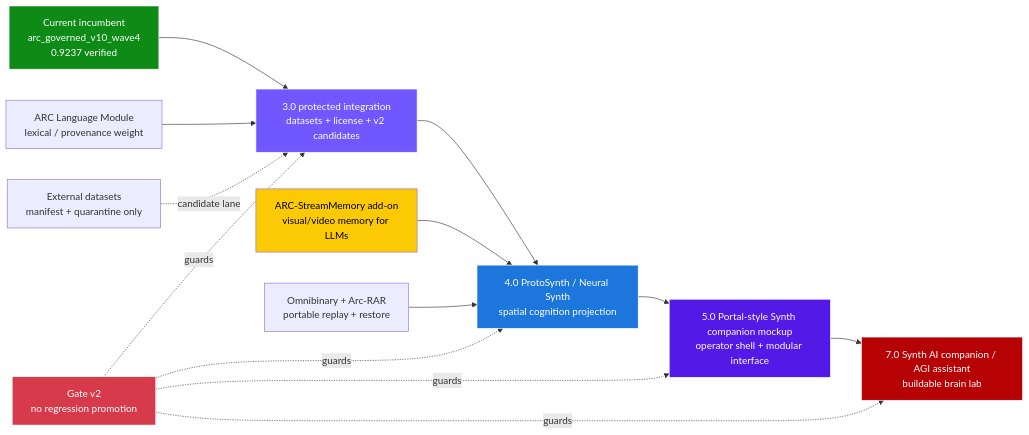
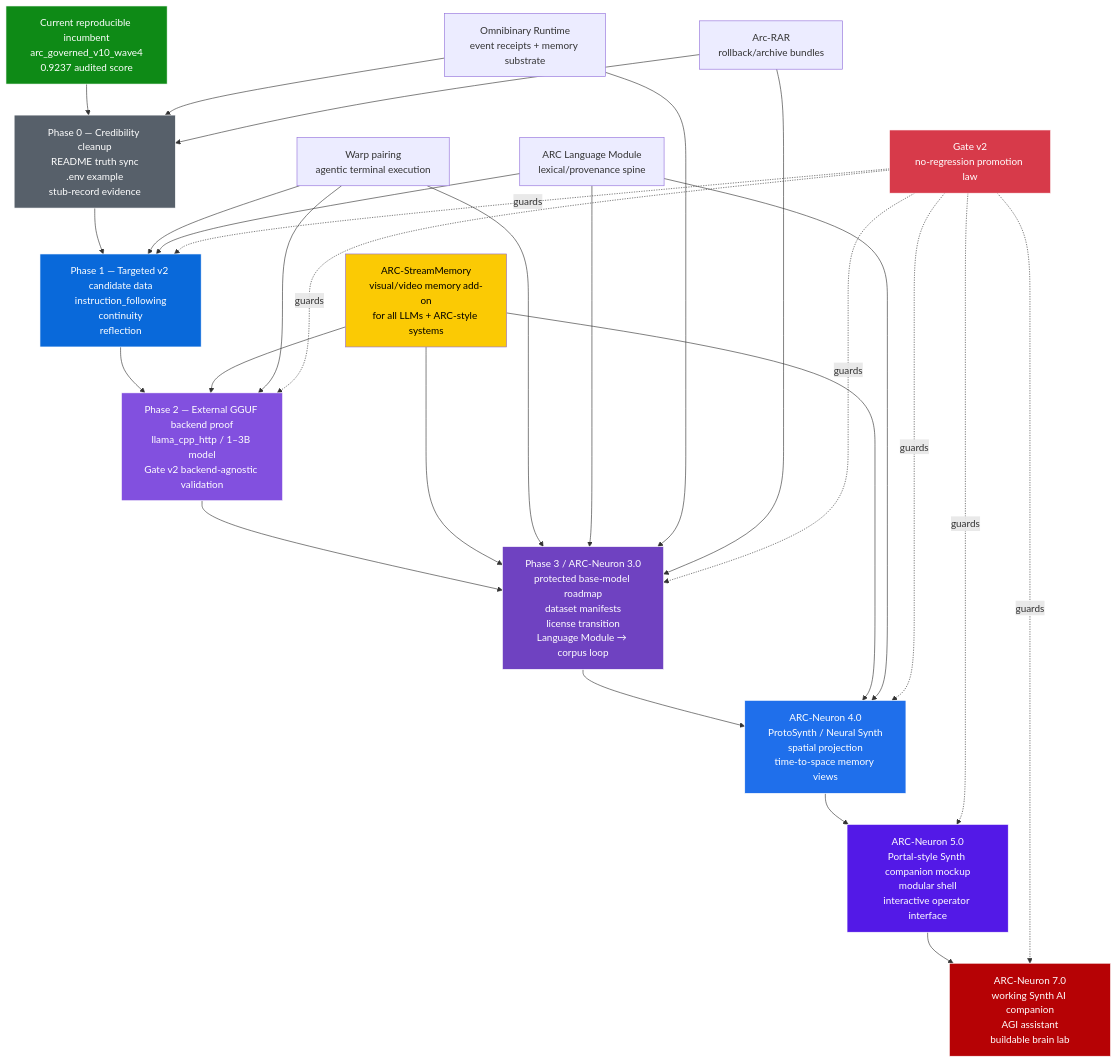
One commit to GareBear99/ARC-Neuron-LLMBuilder changed the fourth of 5 diagrams in README.md. Above: the diagram before and after it, drawn with Mermaid. The commit also changed other lines of this file and 2 other files, not shown here.

````diff
--- a/README.md
+++ b/README.md
@@ -519,27 +519,52 @@
 ```mermaid
-flowchart LR
-    V10["Current incumbent\narc_governed_v10_wave4\n0.9237 verified"] --> G30["3.0 protected integration\ndatasets + license + v2 candidates"]
+flowchart TD
+    V10["Current reproducible incumbent<br/>arc_governed_v10_wave4<br/>0.9237 audited score"] --> P0["Phase 0 — Credibility cleanup<br/>README truth sync<br/>.env example<br/>stub-record evidence"]
 
-    LM["ARC Language Module\nlexical / provenance weight"] --> G30
-    DATA["External datasets\nmanifest + quarantine only"] -.candidate lane.-> G30
+    P0 --> P1["Phase 1 — Targeted v2 candidate data<br/>instruction_following<br/>continuity<br/>reflection"]
 
-    G30 --> G40["4.0 ProtoSynth / Neural Synth\nspatial cognition projection"]
-    SM["ARC-StreamMemory add-on\nvisual/video memory for LLMs"] --> G40
-    OB["Omnibinary + Arc-RAR\nportable replay + restore"] --> G40
+    P1 --> P2["Phase 2 — External GGUF backend proof<br/>llama_cpp_http / 1–3B model<br/>Gate v2 backend-agnostic validation"]
 
-    G40 --> G50["5.0 Portal-style Synth companion mockup\noperator shell + modular interface"]
-    G50 --> G70["7.0 Synth AI companion / AGI assistant\nbuildable brain lab"]
+    P2 --> P3["Phase 3 / ARC-Neuron 3.0<br/>protected base-model roadmap<br/>dataset manifests<br/>license transition<br/>Language Module → corpus loop"]
 
-    Gate["Gate v2\nno regression promotion"] -.guards.-> G30
-    Gate -.guards.-> G40
-    Gate -.guards.-> G50
-    Gate -.guards.-> G70
+    P3 --> P4["ARC-Neuron 4.0<br/>ProtoSynth / Neural Synth<br/>spatial projection<br/>time-to-space memory views"]
+
+    P4 --> P5["ARC-Neuron 5.0<br/>Portal-style Synth companion mockup<br/>modular shell<br/>interactive operator interface"]
+
+    P5 --> P7["ARC-Neuron 7.0<br/>working Synth AI companion<br/>AGI assistant<br/>buildable brain lab"]
+
+    STREAM["ARC-StreamMemory<br/>visual/video memory add-on<br/>for all LLMs + ARC-style systems"] --> P2
+    STREAM --> P3
+    STREAM --> P4
+
+    WARP["Warp pairing<br/>agentic terminal execution"] --> P1
+    WARP --> P2
+    WARP --> P3
+
+    LANG["ARC Language Module<br/>lexical/provenance spine"] --> P1
+    LANG --> P3
+    LANG --> P4
+
+    OMNI["Omnibinary Runtime<br/>event receipts + memory substrate"] --> P0
+    OMNI --> P3
+
+    RAR["Arc-RAR<br/>rollback/archive bundles"] --> P0
+    RAR --> P3
+
+    GATE["Gate v2<br/>no-regression promotion law"] -.guards.-> P1
+    GATE -.guards.-> P2
+    GATE -.guards.-> P3
+    GATE -.guards.-> P4
+    GATE -.guards.-> P5
+    GATE -.guards.-> P7
 
     style V10 fill:#0e8a16,stroke:#fff,color:#fff
-    style G30 fill:#7057ff,stroke:#fff,color:#fff
-    style G40 fill:#1d76db,stroke:#fff,color:#fff
-    style G50 fill:#5319e7,stroke:#fff,color:#fff
-    style G70 fill:#b60205,stroke:#fff,color:#fff
-    style SM fill:#fbca04,color:#000
-    style Gate fill:#d73a4a,stroke:#fff,color:#fff
+    style P0 fill:#57606a,stroke:#fff,color:#fff
+    style P1 fill:#0969da,stroke:#fff,color:#fff
+    style P2 fill:#8250df,stroke:#fff,color:#fff
+    style P3 fill:#6f42c1,stroke:#fff,color:#fff
+    style P4 fill:#1f6feb,stroke:#fff,color:#fff
+    style P5 fill:#5319e7,stroke:#fff,color:#fff
+    style P7 fill:#b60205,stroke:#fff,color:#fff
+    style STREAM fill:#fbca04,color:#000
+    style GATE fill:#d73a4a,stroke:#fff,color:#fff
 ```
````
